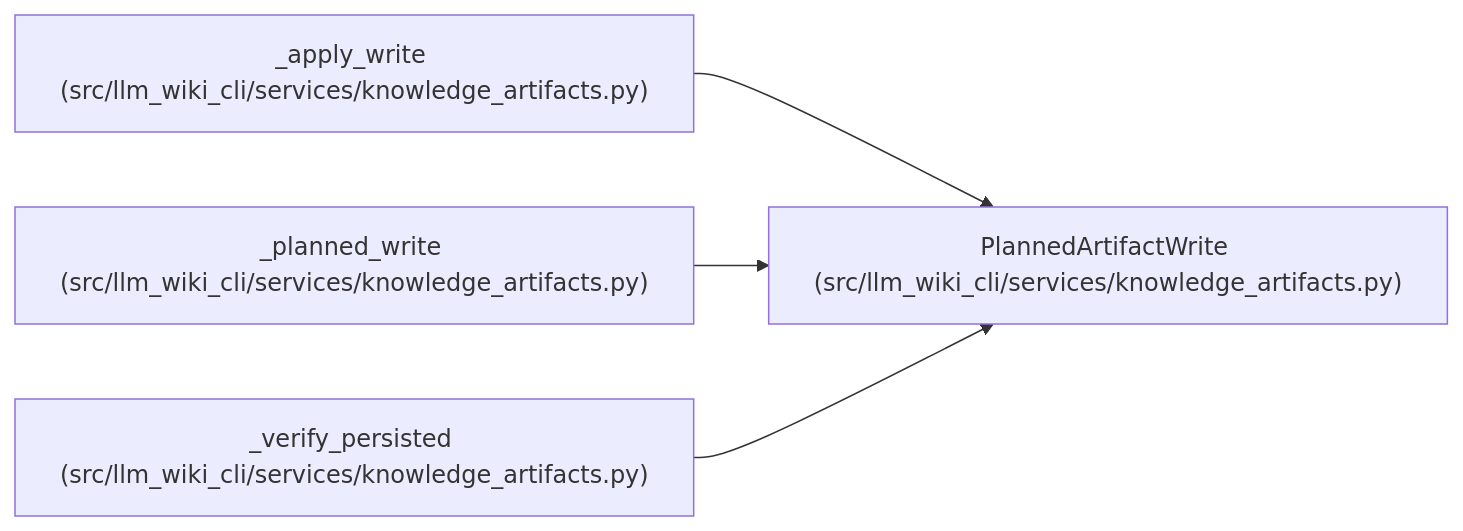
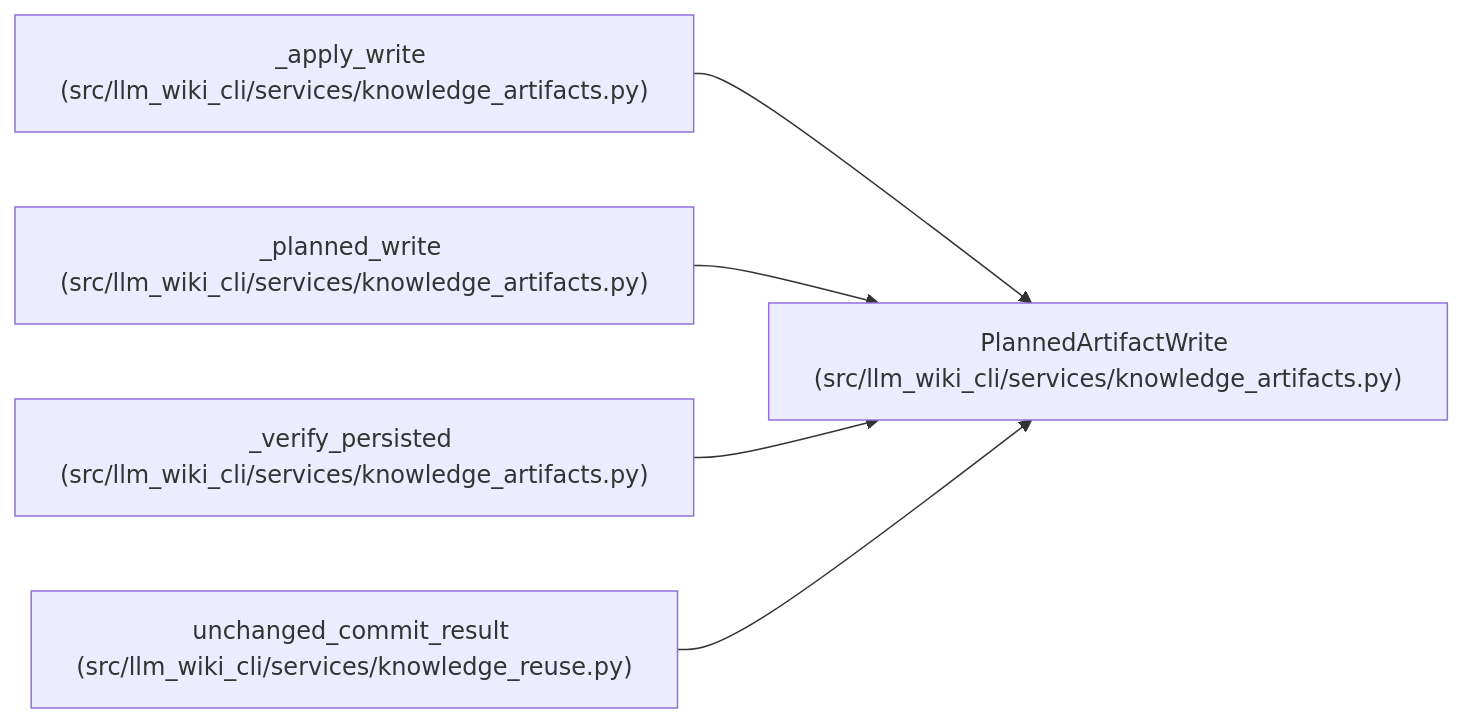
One commit to Denissvgn/python-wiki-llm changed the diagram in docs/llm_wiki/entities/PlannedArtifactWrite.md. Above: the diagram before and after it, drawn with Mermaid. The commit also changed other lines of this file and 240 other files, not shown here.

````diff
--- a/docs/llm_wiki/entities/PlannedArtifactWrite.md
+++ b/docs/llm_wiki/entities/PlannedArtifactWrite.md
@@ -32,14 +32,17 @@
 ```mermaid
 flowchart LR
     n0["PlannedArtifactWrite (src/llm_wiki_cli/services/knowledge_artifacts.py)"]
     n1["_apply_write (src/llm_wiki_cli/services/knowledge_artifacts.py)"]
     n2["_planned_write (src/llm_wiki_cli/services/knowledge_artifacts.py)"]
     n3["_verify_persisted (src/llm_wiki_cli/services/knowledge_artifacts.py)"]
+    n4["unchanged_commit_result (src/llm_wiki_cli/services/knowledge_reuse.py)"]
     n1 --> n0
     n2 --> n0
     n3 --> n0
+    n4 --> n0
     click n0 "../modules/knowledge_artifacts.md"
     click n1 "../modules/knowledge_artifacts.md"
     click n2 "../modules/knowledge_artifacts.md"
     click n3 "../modules/knowledge_artifacts.md"
+    click n4 "../modules/knowledge_reuse.md"
 ```
````
